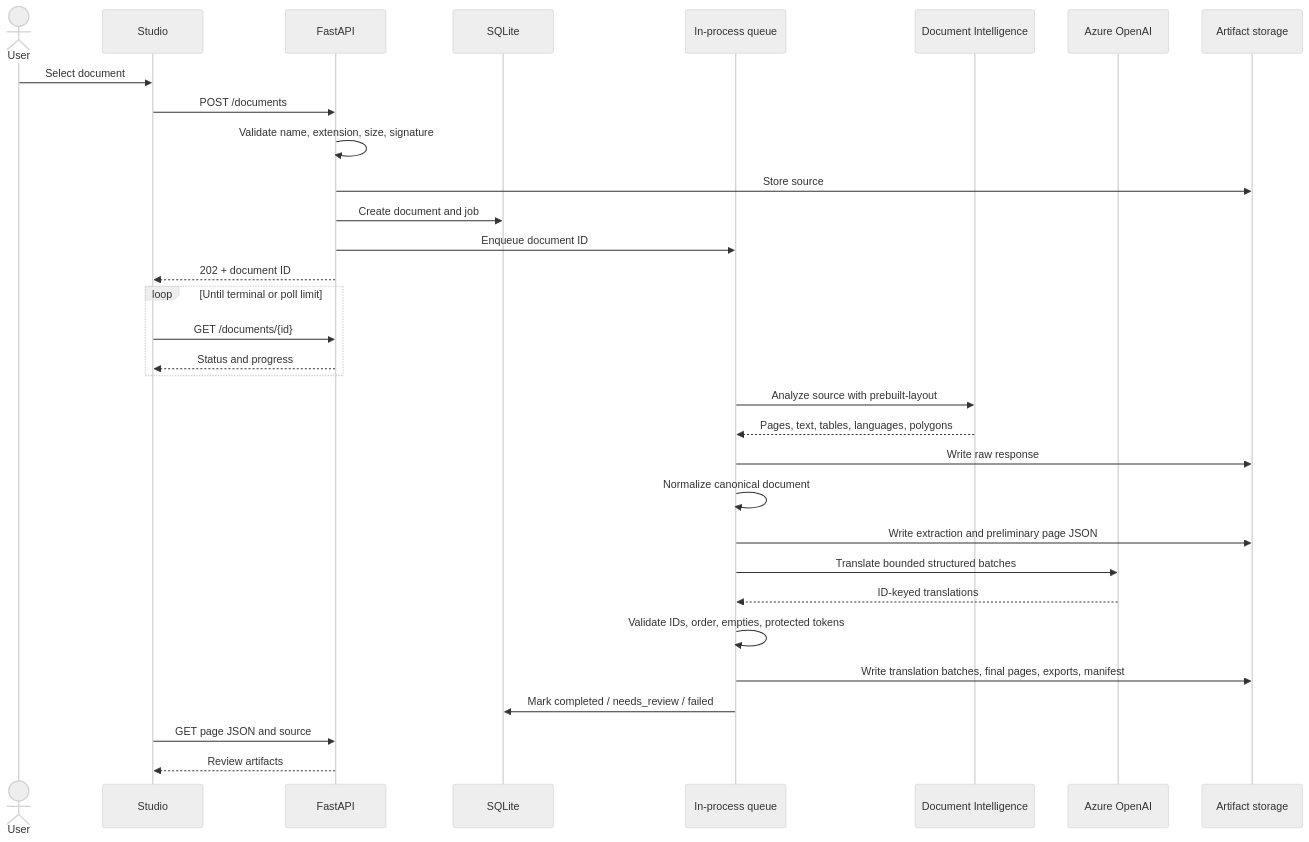
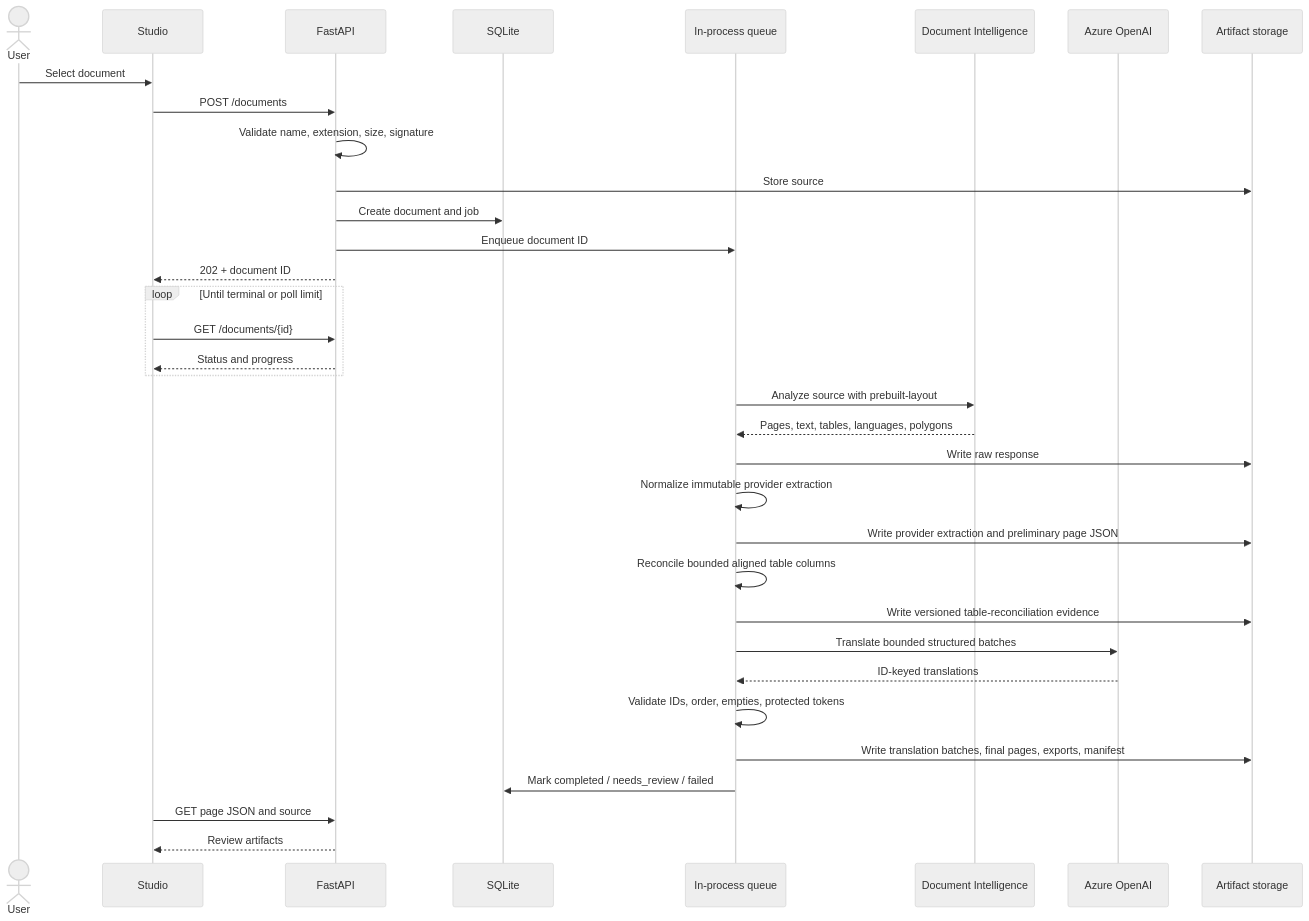
Before and after one commit to Vishwas2311/document-extractor-translator-: the second of 6 diagrams in docs/ARCHITECTURE.md, drawn with Mermaid (neutral theme). The commit also changed other lines of this file and 95 other files, not shown here.

````diff
--- a/docs/ARCHITECTURE.md
+++ b/docs/ARCHITECTURE.md
@@ -168,35 +177,37 @@
 ```mermaid
 sequenceDiagram
     actor User
     participant UI as Studio
     participant API as FastAPI
     participant DB as SQLite
     participant Q as In-process queue
     participant DI as Document Intelligence
     participant AI as Azure OpenAI
     participant FS as Artifact storage
 
     User->>UI: Select document
     UI->>API: POST /documents
     API->>API: Validate name, extension, size, signature
     API->>FS: Store source
     API->>DB: Create document and job
     API->>Q: Enqueue document ID
     API-->>UI: 202 + document ID
     loop Until terminal or poll limit
         UI->>API: GET /documents/{id}
         API-->>UI: Status and progress
     end
     Q->>DI: Analyze source with prebuilt-layout
     DI-->>Q: Pages, text, tables, languages, polygons
     Q->>FS: Write raw response
-    Q->>Q: Normalize canonical document
-    Q->>FS: Write extraction and preliminary page JSON
+    Q->>Q: Normalize immutable provider extraction
+    Q->>FS: Write provider extraction and preliminary page JSON
+    Q->>Q: Reconcile bounded aligned table columns
+    Q->>FS: Write versioned table-reconciliation evidence
     Q->>AI: Translate bounded structured batches
     AI-->>Q: ID-keyed translations
     Q->>Q: Validate IDs, order, empties, protected tokens
     Q->>FS: Write translation batches, final pages, exports, manifest
     Q->>DB: Mark completed / needs_review / failed
     UI->>API: GET page JSON and source
     API-->>UI: Review artifacts
 ```
````
